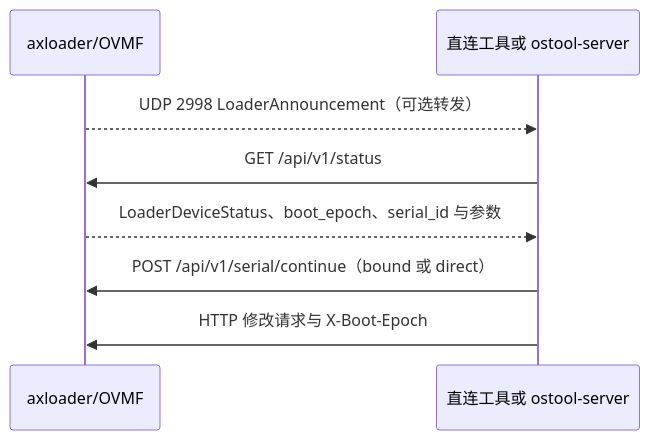
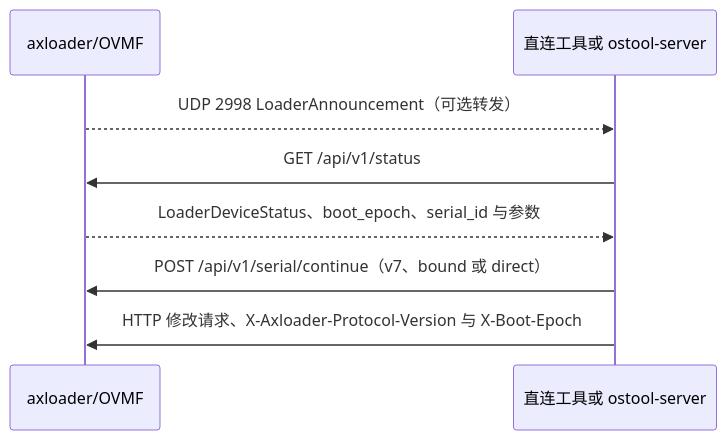
Before and after one commit to rcore-os/tgoskits: the diagram in docs/docs/build/axloader.md, drawn with Mermaid. The commit also changed other lines of this file and 33 other files, not shown here.

Commit message:
feat(axloader): adopt architecture agnostic HTTP Boot v7

````diff
--- a/docs/docs/build/axloader.md
+++ b/docs/docs/build/axloader.md
@@ -153,11 +155,11 @@
 ```mermaid
 sequenceDiagram
     participant L as axloader/OVMF
     participant C as 直连工具或 ostool-server
 
     L-->>C: UDP 2998 LoaderAnnouncement（可选转发）
     C->>L: GET /api/v1/status
     L-->>C: LoaderDeviceStatus、boot_epoch、serial_id 与参数
-    C->>L: POST /api/v1/serial/continue（bound 或 direct）
-    C->>L: HTTP 修改请求与 X-Boot-Epoch
+    C->>L: POST /api/v1/serial/continue（v7、bound 或 direct）
+    C->>L: HTTP 修改请求、X-Axloader-Protocol-Version 与 X-Boot-Epoch
 ```
````
